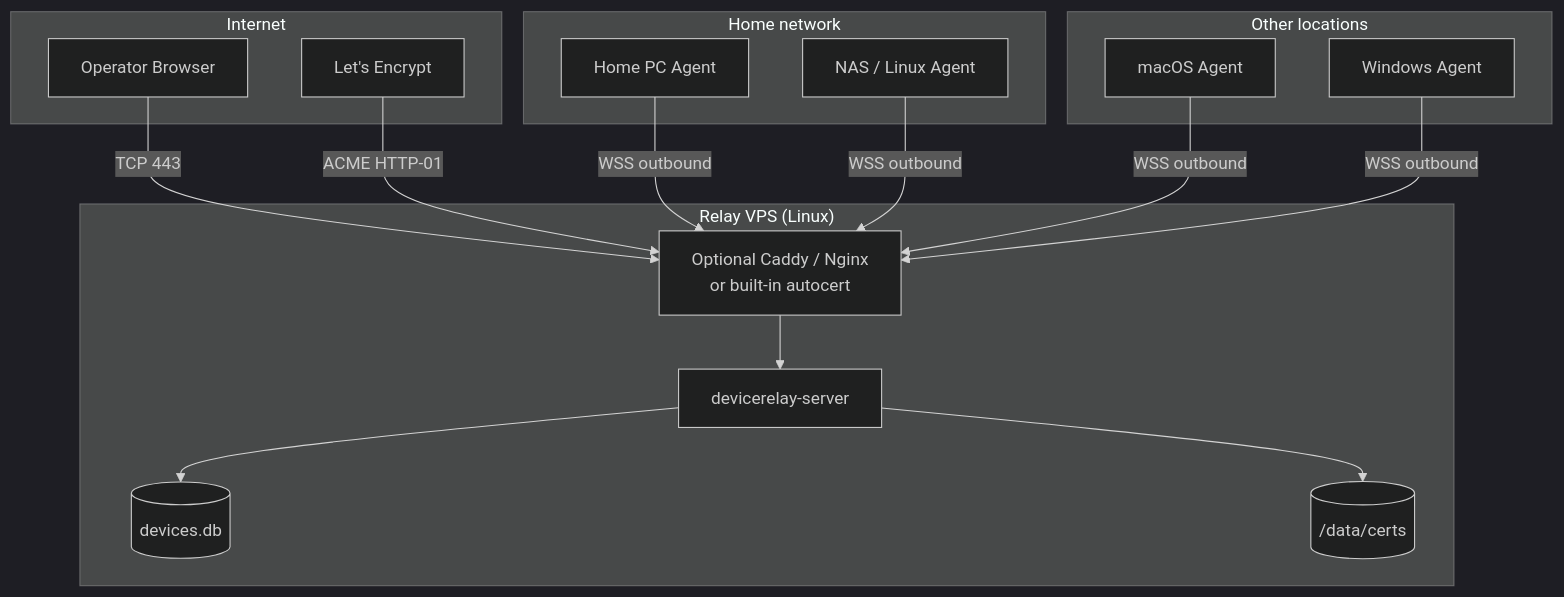
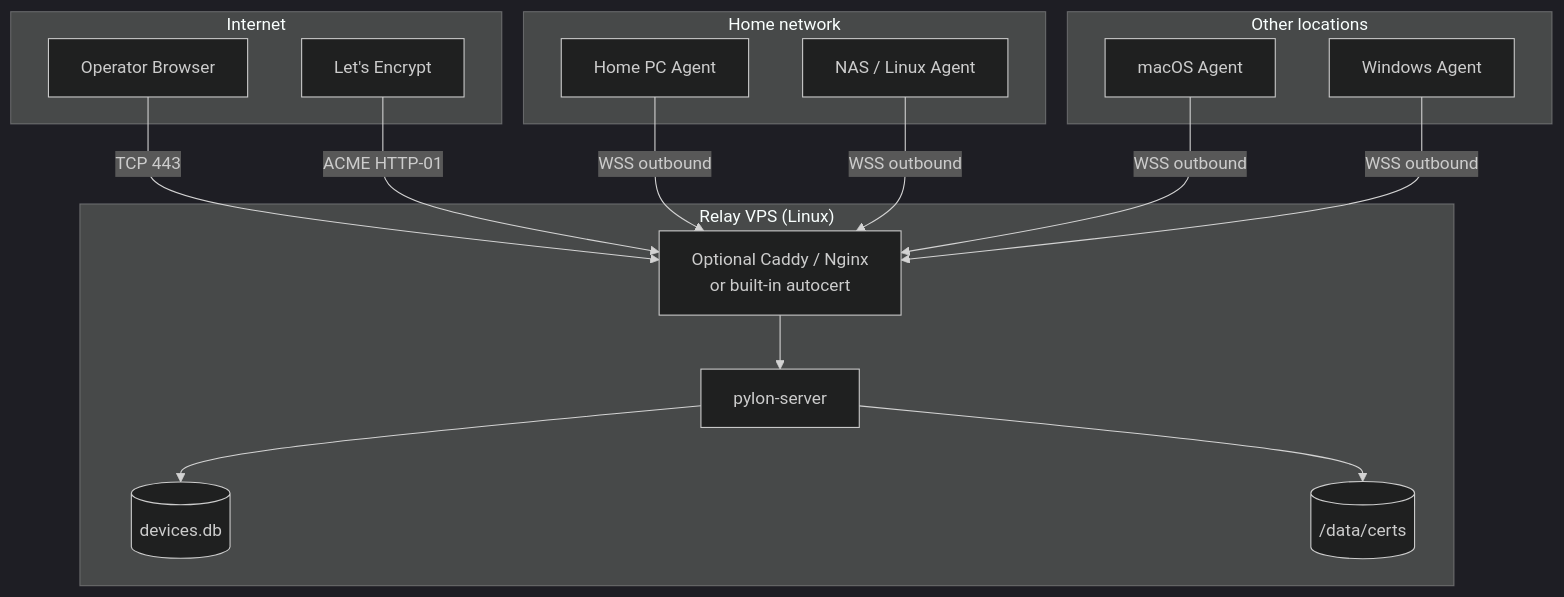
Before and after one commit to pcc-258/warpmesh: the second of 9 diagrams in docs/architecture.md, drawn with Mermaid (dark theme). The commit also changed other lines of this file and 20 other files, not shown here.

````diff
--- a/docs/architecture.md
+++ b/docs/architecture.md
@@ -43,31 +43,31 @@
 ```mermaid
 flowchart TB
     subgraph Internet
         User[Operator Browser]
         LE[Let's Encrypt]
     end
     subgraph VPS["Relay VPS (Linux)"]
         Caddy[Optional Caddy / Nginx<br/>or built-in autocert]
-        Server[devicerelay-server]
+        Server[pylon-server]
         SQLite[(devices.db)]
         Certs[(/data/certs)]
     end
     subgraph Home["Home network"]
         PC[Home PC Agent]
         NAS[NAS / Linux Agent]
     end
     subgraph Mobile["Other locations"]
         Laptop[macOS Agent]
         Win[Windows Agent]
     end
 
     User -->|TCP 443| Caddy
     LE -->|ACME HTTP-01| Caddy
     Caddy --> Server
     Server --> SQLite
     Server --> Certs
     PC -->|WSS outbound| Caddy
     NAS -->|WSS outbound| Caddy
     Laptop -->|WSS outbound| Caddy
     Win -->|WSS outbound| Caddy
 ```
````
